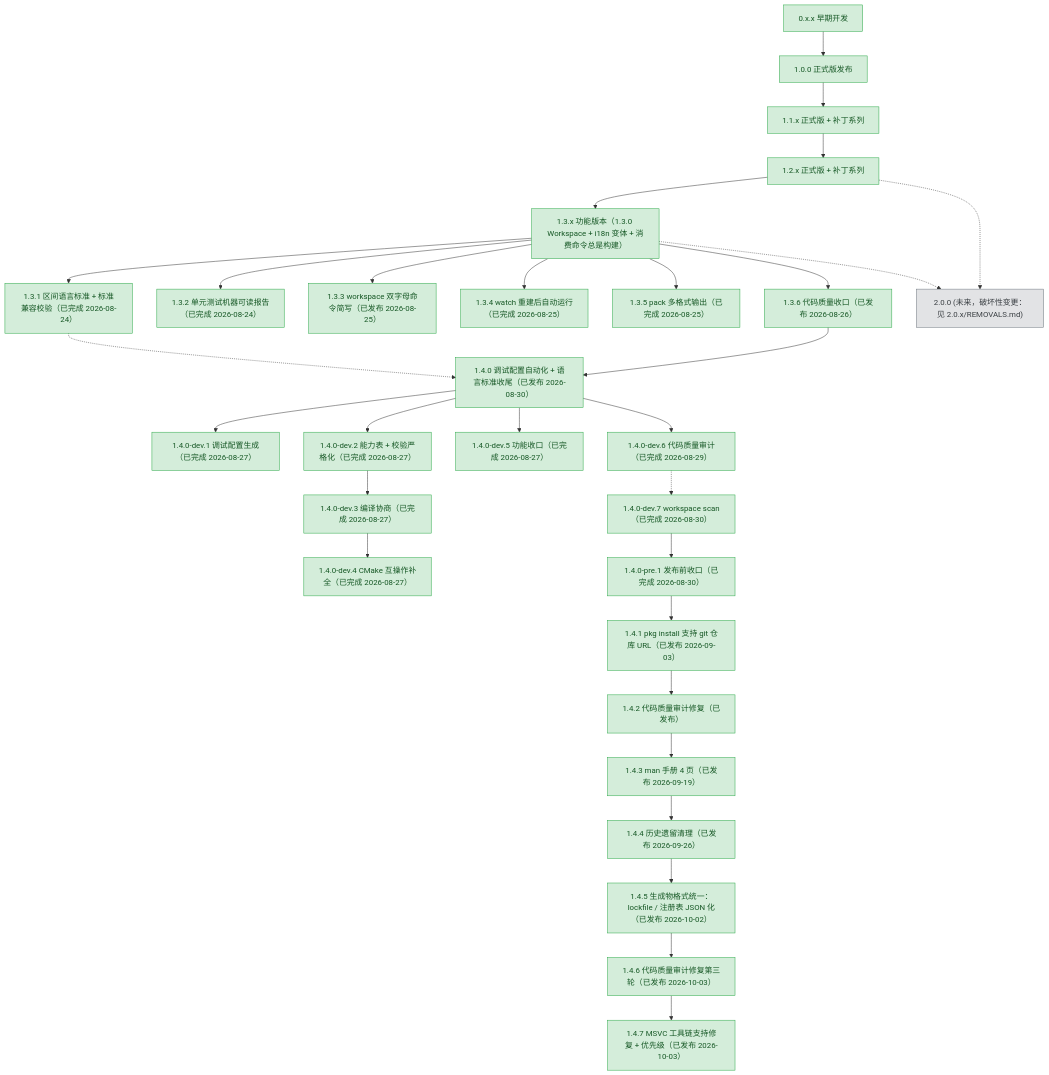
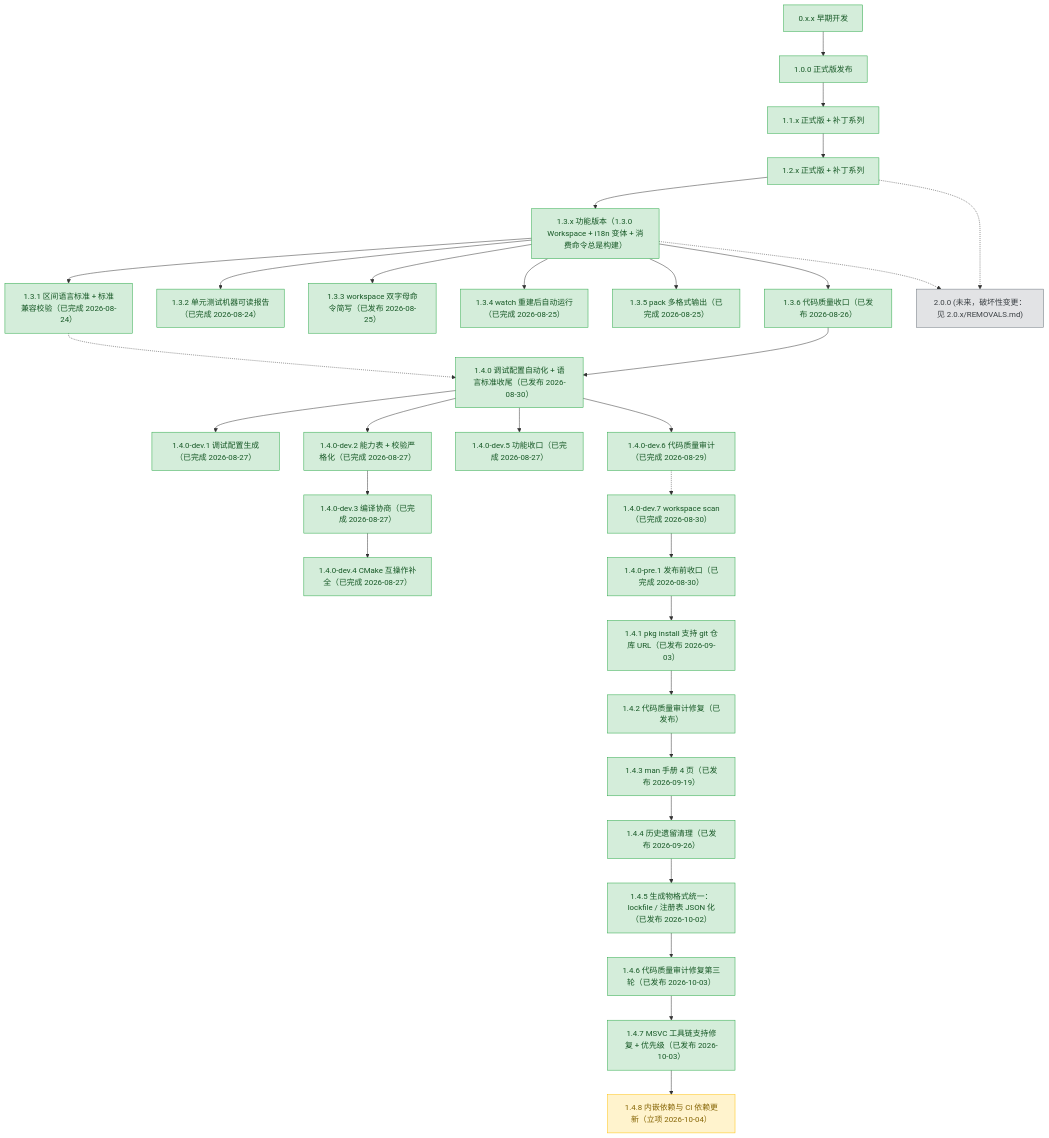
One commit to 3667808244/EazyMake changed the diagram in plans/README.md. Above: the diagram before and after it, drawn with Mermaid. The commit also changed other lines of this file and 3 other files, not shown here.

Commit message:
docs(1.4.8): 新增 1.4.8 执行计划（内嵌依赖与 CI 依赖更新）

````diff
--- a/plans/README.md
+++ b/plans/README.md
@@ -102,6 +102,7 @@
     v145p["1.4.5 生成物格式统一：lockfile / 注册表 JSON 化（已发布 2026-10-02）"]
     v146p["1.4.6 代码质量审计修复第三轮（已发布 2026-10-03）"]
     v147p["1.4.7 MSVC 工具链支持修复 + 优先级（已发布 2026-10-03）"]
+    v148p["1.4.8 内嵌依赖与 CI 依赖更新（立项 2026-10-04）"]
     v200["2.0.0 (未来，破坏性变更：见 2.0.x/REMOVALS.md)"]
 
     v0xx --> v100
@@ -130,6 +131,7 @@
     v144p --> v145p
     v145p --> v146p
     v146p --> v147p
+    v147p --> v148p
     v131 -.-> v140
     v12x -.-> v200
     v13x -.-> v200
@@ -164,5 +166,6 @@
     class v145p done;
     class v146p done;
     class v147p done;
+    class v148p active;
     class v200 todo;
 ```
````
